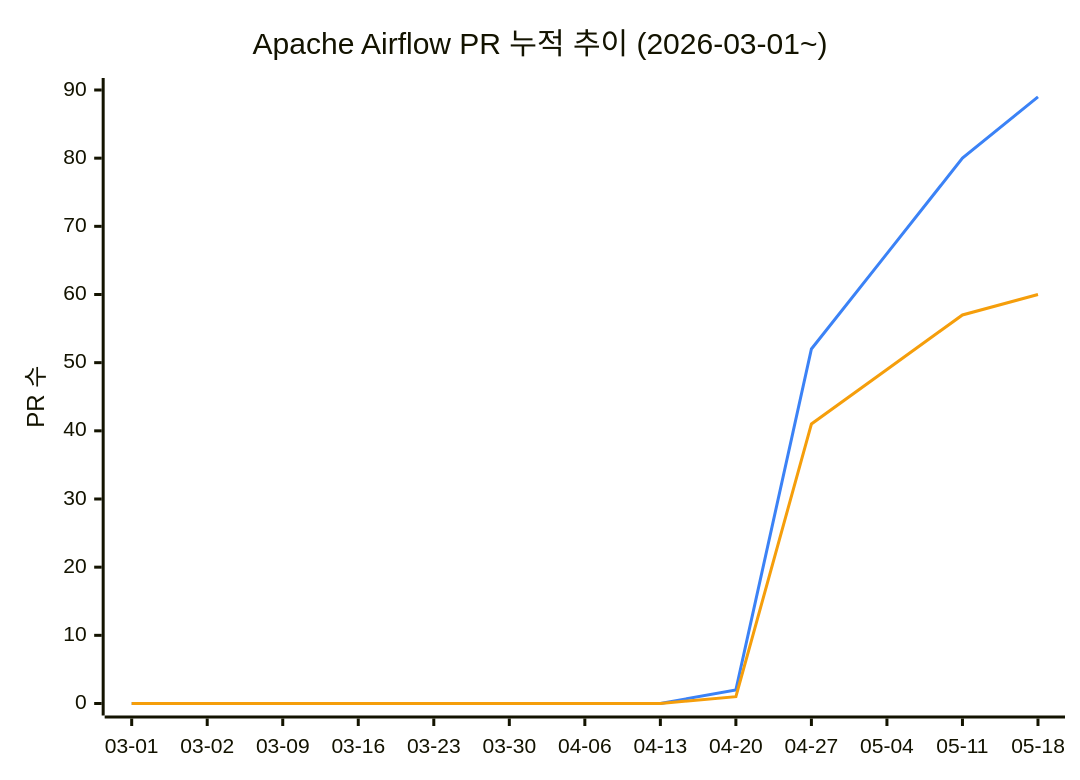
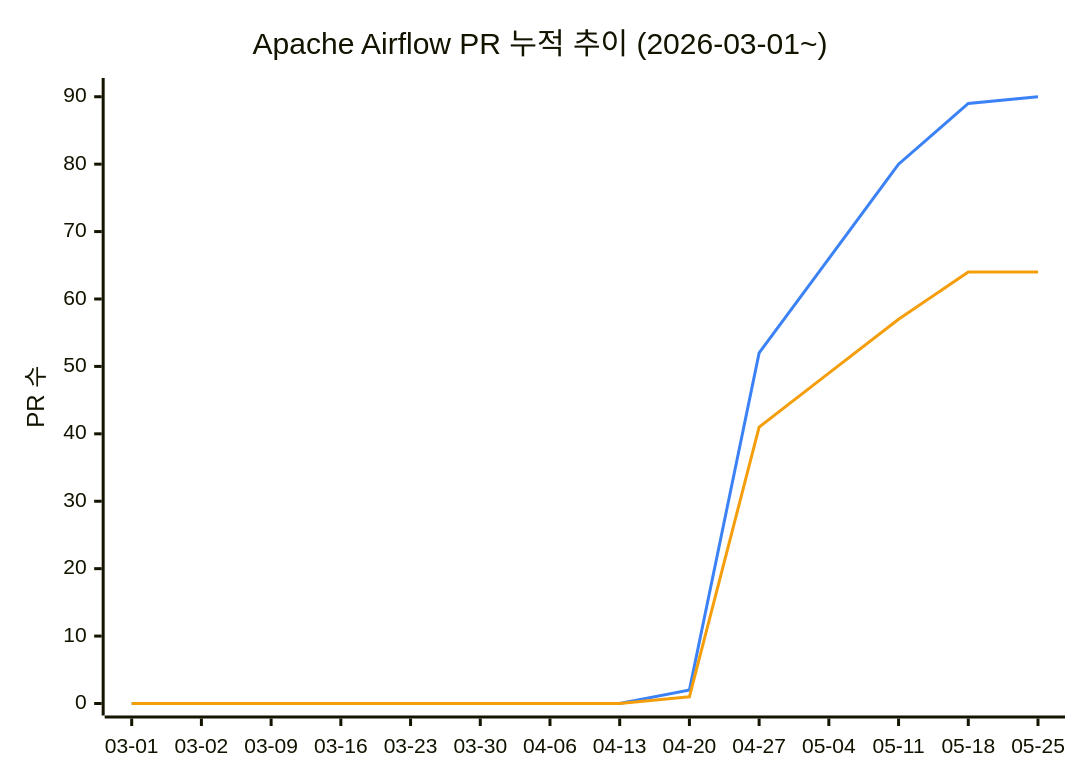
Before and after one commit to AirflowKorea/ossca: the diagram in README.md, drawn with Mermaid. The commit also changed other lines of this file, not shown here.

````diff
--- a/README.md
+++ b/README.md
@@ -11,9 +11,9 @@
 ```mermaid
 %%{init: {"themeVariables": {"xyChart": {"plotColorPalette": "#3b82f6, #f59e0b"}}}}%%
 xychart-beta
     title "Apache Airflow PR 누적 추이 (2026-03-01~)"
-    x-axis ["03-01", "03-02", "03-09", "03-16", "03-23", "03-30", "04-06", "04-13", "04-20", "04-27", "05-04", "05-11", "05-18"]
-    y-axis "PR 수" 0 --> 90
-    line [0, 0, 0, 0, 0, 0, 0, 0, 2, 52, 66, 80, 89]
-    line [0, 0, 0, 0, 0, 0, 0, 0, 1, 41, 49, 57, 60]
+    x-axis ["03-01", "03-02", "03-09", "03-16", "03-23", "03-30", "04-06", "04-13", "04-20", "04-27", "05-04", "05-11", "05-18", "05-25"]
+    y-axis "PR 수" 0 --> 91
+    line [0, 0, 0, 0, 0, 0, 0, 0, 2, 52, 66, 80, 89, 90]
+    line [0, 0, 0, 0, 0, 0, 0, 0, 1, 41, 49, 57, 64, 64]
 ```
````
